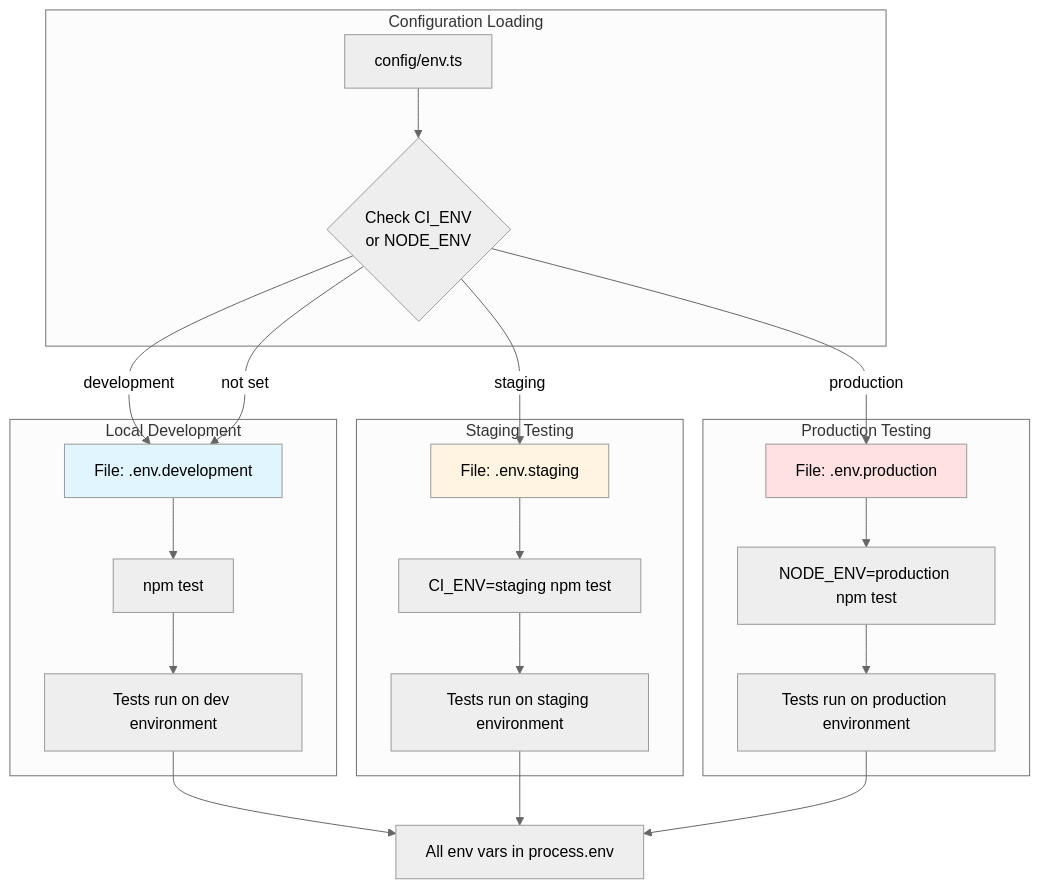
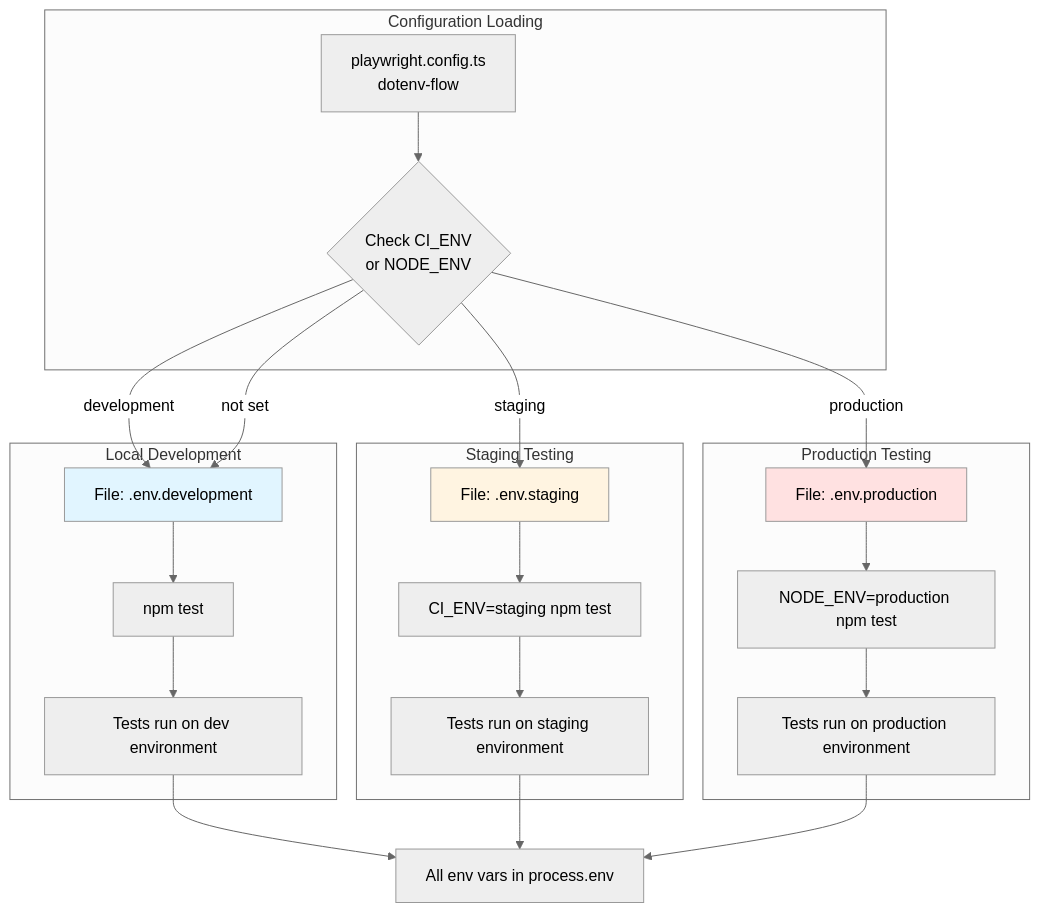
Before and after one commit to omeesham/JBS_Global_Test_Automation_Framework: the sixth of 10 diagrams in docs/WORKFLOW_DIAGRAMS.md, drawn with Mermaid (neutral theme). The commit also changed 52 other files, not shown here.

````diff
--- a/docs/WORKFLOW_DIAGRAMS.md
+++ b/docs/WORKFLOW_DIAGRAMS.md
@@ -208,33 +208,33 @@
 ```mermaid
 graph TB
     subgraph "Local Development"
         L1[File: .env.development] --> L2[npm test]
         L2 --> L3[Tests run on dev environment]
     end
     
     subgraph "Staging Testing"
         S1[File: .env.staging] --> S2[CI_ENV=staging npm test]
         S2 --> S3[Tests run on staging environment]
     end
     
     subgraph "Production Testing"
         P1[File: .env.production] --> P2[NODE_ENV=production npm test]
         P2 --> P3[Tests run on production environment]
     end
     
     subgraph "Configuration Loading"
-        C1[config/env.ts] --> C2{Check CI_ENV<br/>or NODE_ENV}
+        C1[playwright.config.ts<br/>dotenv-flow] --> C2{Check CI_ENV<br/>or NODE_ENV}
         C2 -->|development| L1
         C2 -->|staging| S1
         C2 -->|production| P1
         C2 -->|not set| L1
     end
     
     L3 --> R[All env vars in process.env]
     S3 --> R
     P3 --> R
     
     style L1 fill:#e1f5ff
     style S1 fill:#fff4e1
     style P1 fill:#ffe1e1
 ```
````
